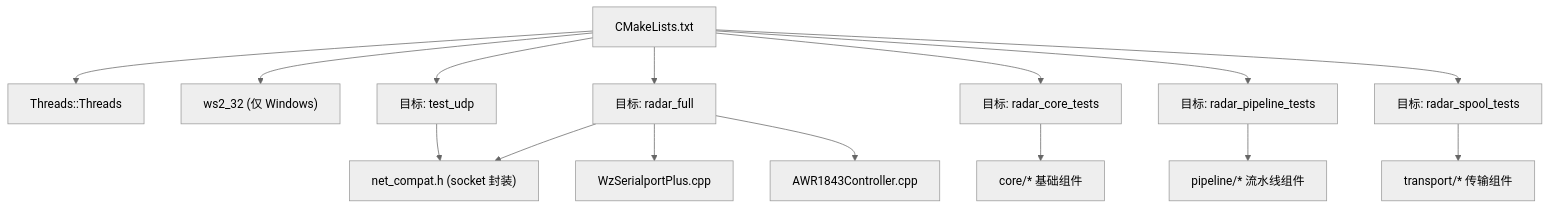
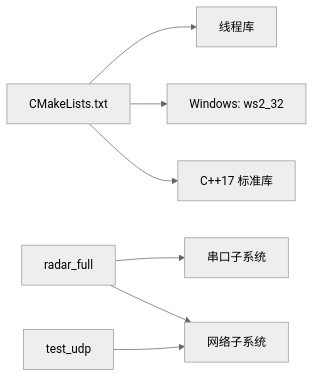
The fifth of 5 diagrams in .qoder/repowiki/zh/content/构建系统与运行入口.md (Lukad77/awr1843-radar-toolkit), drawn with Mermaid (neutral theme) before and after one commit. The commit also changed other lines of this file and 106 other files, not shown here.

````diff
--- a/.qoder/repowiki/zh/content/构建系统与运行入口.md
+++ b/.qoder/repowiki/zh/content/构建系统与运行入口.md
@@ -399,17 +201,9 @@
 ```mermaid
-graph TB
-CMake["CMakeLists.txt"] --> Th["Threads::Threads"]
-CMake --> WS["ws2_32 (仅 Windows)"]
-CMake --> TU["目标: test_udp"]
-CMake --> RF["目标: radar_full"]
-CMake --> CT["目标: radar_core_tests"]
-CMake --> PT["目标: radar_pipeline_tests"]
-CMake --> ST["目标: radar_spool_tests"]
-TU --> Net["net_compat.h (socket 封装)"]
-RF --> Net
-RF --> Ser["WzSerialportPlus.cpp"]
-RF --> Ctrl["AWR1843Controller.cpp"]
-CT --> Core["core/* 基础组件"]
-PT --> Pipe["pipeline/* 流水线组件"]
-ST --> Trans["transport/* 传输组件"]
+graph LR
+CMake["CMakeLists.txt"] --> Threads["线程库"]
+CMake --> WS232["Windows: ws2_32"]
+CMake --> StdLib["C++17 标准库"]
+RadarFull["radar_full"] --> Serial["串口子系统"]
+RadarFull --> Net["网络子系统"]
+TestUdp["test_udp"] --> Net
 ```
````
